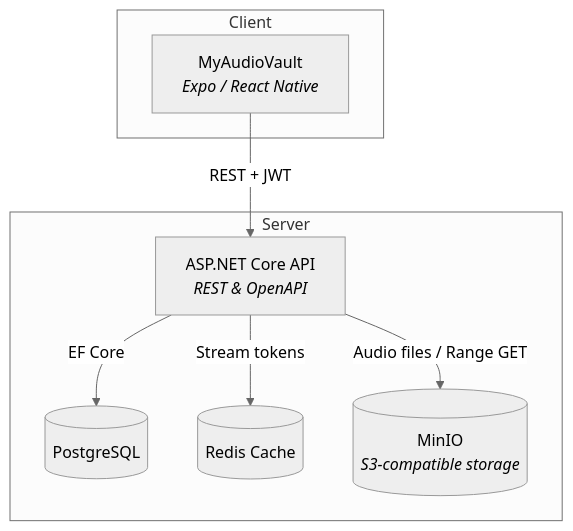
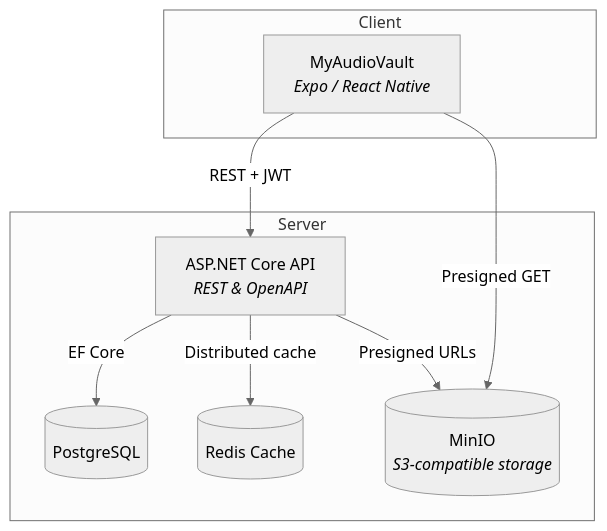
Before and after one commit to ToniWD/my-audio-vault: the diagram in README.md, drawn with Mermaid (neutral theme). The commit also changed other lines of this file, not shown here.

````diff
--- a/README.md
+++ b/README.md
@@ -47,18 +52,19 @@
 ```mermaid
 flowchart TD
     subgraph Client
         App[MyAudioVault<br><i>Expo / React Native</i>]
     end
 
     subgraph Server
         API[ASP.NET Core API<br><i>REST & OpenAPI</i>]
         DB[(PostgreSQL)]
         Cache[(Redis Cache)]
         Storage[(MinIO<br><i>S3-compatible storage</i>)]
     end
 
     App -->|REST + JWT| API
     API -->|EF Core| DB
-    API -->|Stream tokens| Cache
-    API -->|Audio files / Range GET| Storage
+    API -->|Distributed cache| Cache
+    API -->|Presigned URLs| Storage
+    App -->|Presigned GET| Storage
 ```
````
